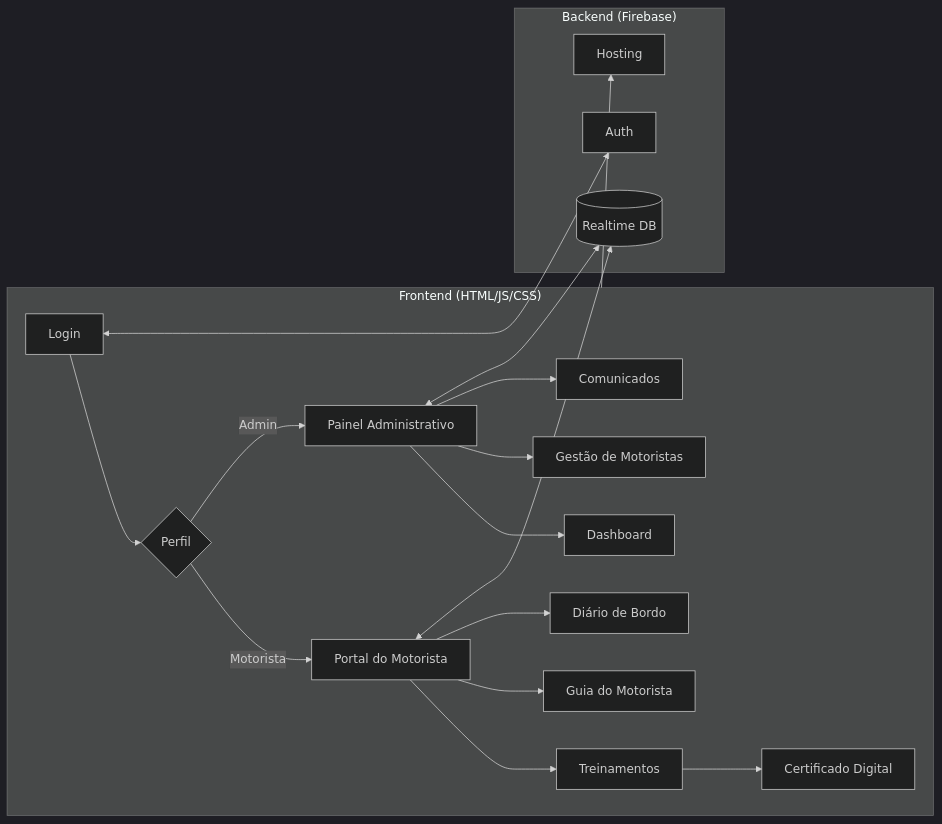
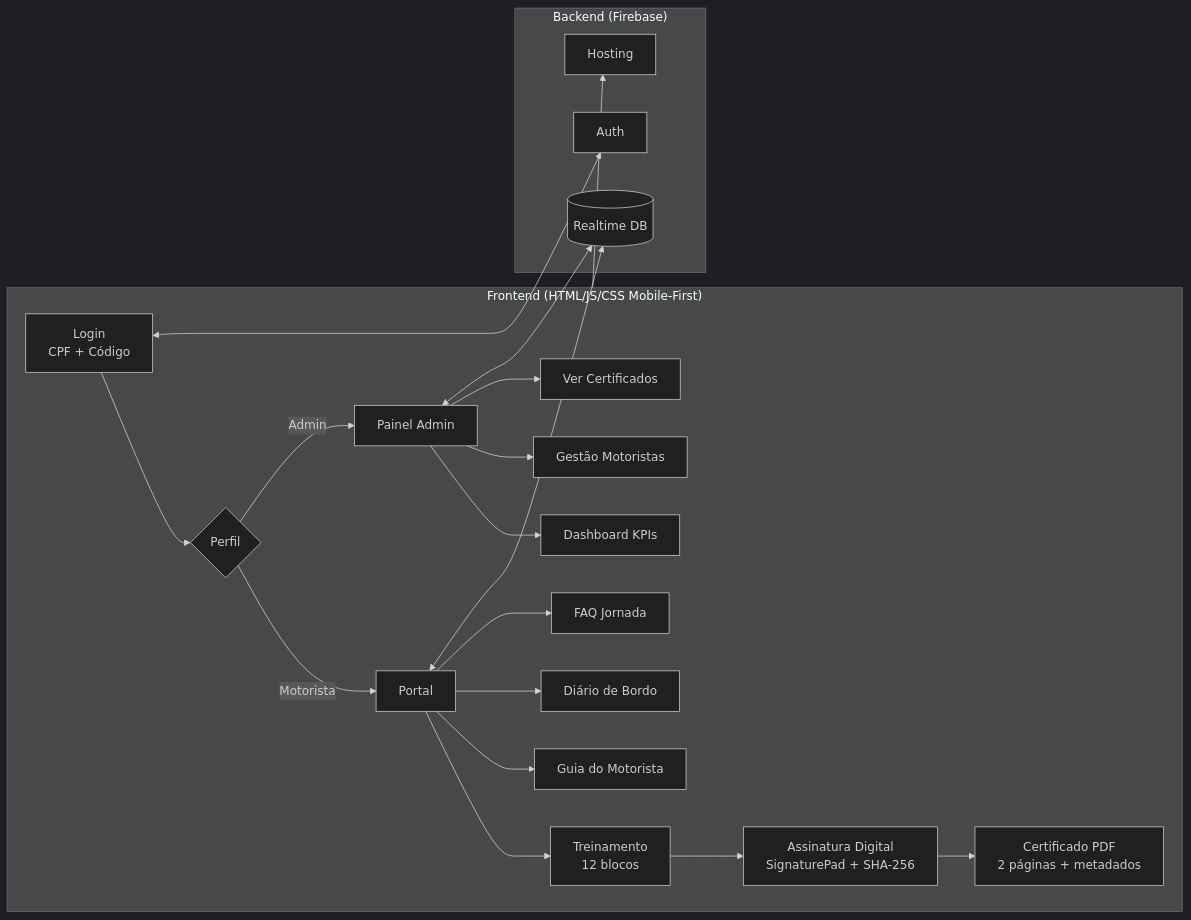
The fifth of 6 diagrams in README.md (lucianomjf14/gestao-jornada-motoristas), drawn with Mermaid (dark theme) before and after one commit. The commit also changed other lines of this file, not shown here.

First line of the commit message:
docs: README enriquecido com valor jurídico, Lei 13.103, assinatura SHA-256 e certificação

````diff
--- a/README.md
+++ b/README.md
@@ -58,25 +254,27 @@
 ```mermaid
 flowchart LR
-    subgraph Frontend["Frontend (HTML/JS/CSS)"]
-        A[Login] --> B{Perfil}
-        B -->|Motorista| C[Portal do Motorista]
-        B -->|Admin| D[Painel Administrativo]
-        C --> E[Treinamentos]
+    subgraph Frontend["Frontend (HTML/JS/CSS  Mobile-First)"]
+        A[Login<br/>CPF + Código] --> B{Perfil}
+        B -->|Motorista| C[Portal]
+        B -->|Admin| D[Painel Admin]
+        C --> E[Treinamento<br/>12 blocos]
+        E --> SIG[Assinatura Digital<br/>SignaturePad + SHA-256]
+        SIG --> CERT[Certificado PDF<br/>2 páginas + metadados]
         C --> F[Guia do Motorista]
         C --> G[Diário de Bordo]
-        E --> H[Certificado Digital]
-        D --> I[Dashboard]
-        D --> J[Gestão de Motoristas]
-        D --> K[Comunicados]
+        C --> FAQ[FAQ Jornada]
+        D --> I[Dashboard KPIs]
+        D --> J[Gestão Motoristas]
+        D --> K[Ver Certificados]
     end
 
     subgraph Backend["Backend (Firebase)"]
         L[(Realtime DB)]
         M[Auth]
         N[Hosting]
     end
 
     C & D <--> L
     A <--> M
     Frontend --> N
 ```
````
